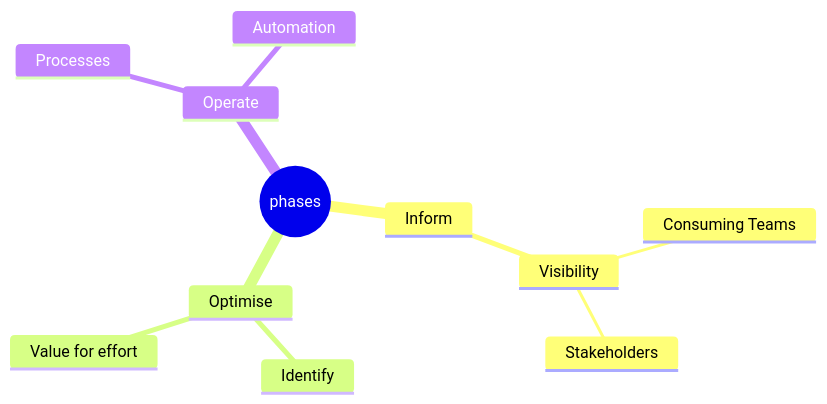
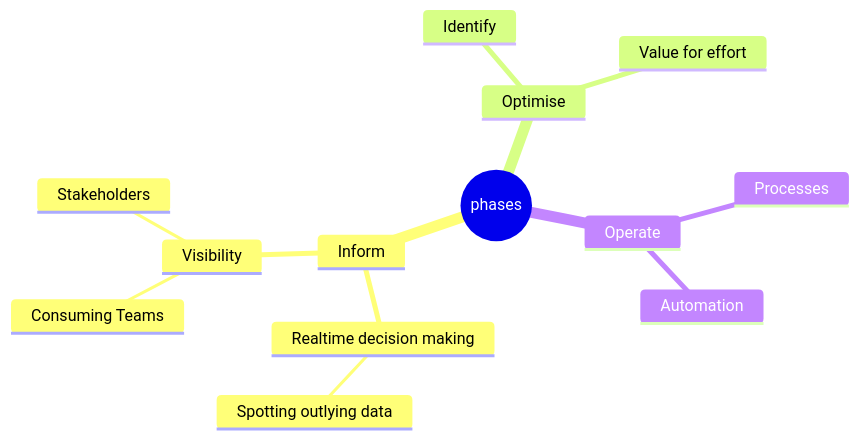
Before and after one commit to finoops/FinOps-Cheatsheet: the diagram in README.md, drawn with Mermaid. The commit also changed other lines of this file, not shown here.

````diff
--- a/README.md
+++ b/README.md
@@ -5,15 +5,18 @@
 ```mermaid
 mindmap
   root((phases))
     Inform
+      Realtime decision making
+        Spotting outlying data
       Visibility
       ::icon(fa fa-book)
         Consuming Teams
         Stakeholders 
+
     Optimise
       Identify
       Value for effort
     Operate
       Processes
       Automation
 ```
````
